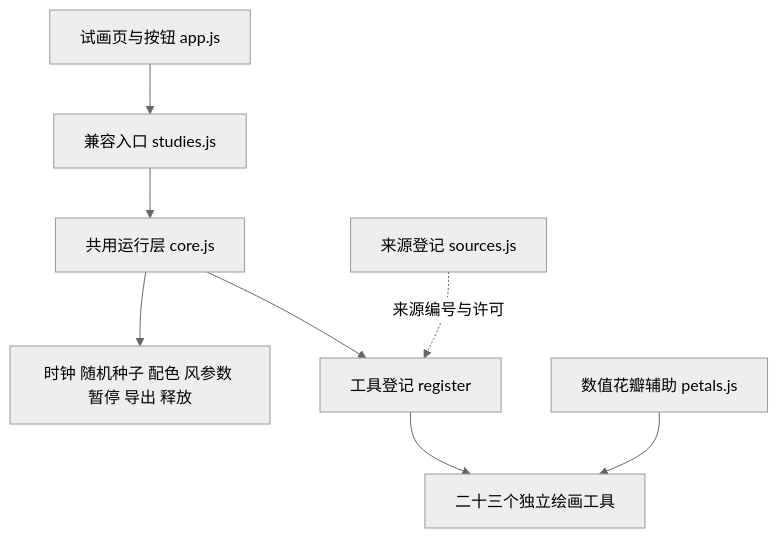
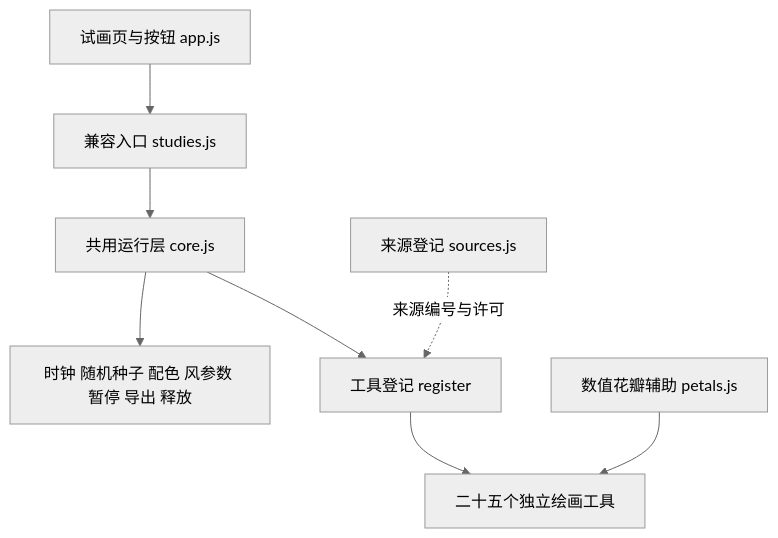
Before and after one commit to tuolaskifc/flowing-poetry: the diagram in experiments/imagery-library/drawing/README.md, drawn with Mermaid (neutral theme). The commit also changed other lines of this file and 32 other files, not shown here.

````diff
--- a/experiments/imagery-library/drawing/README.md
+++ b/experiments/imagery-library/drawing/README.md
@@ -9,10 +9,10 @@
 ```mermaid
 flowchart TD
   ui[试画页与按钮 app.js] --> facade[兼容入口 studies.js]
   facade --> core[共用运行层 core.js]
   core --> registry[工具登记 register]
-  registry --> tools[二十三个独立绘画工具]
+  registry --> tools[二十五个独立绘画工具]
   sources[来源登记 sources.js] -. 来源编号与许可 .-> registry
   core --> common[时钟 随机种子 配色 风参数 暂停 导出 释放]
   petals[数值花瓣辅助 petals.js] --> tools
 ```
````
